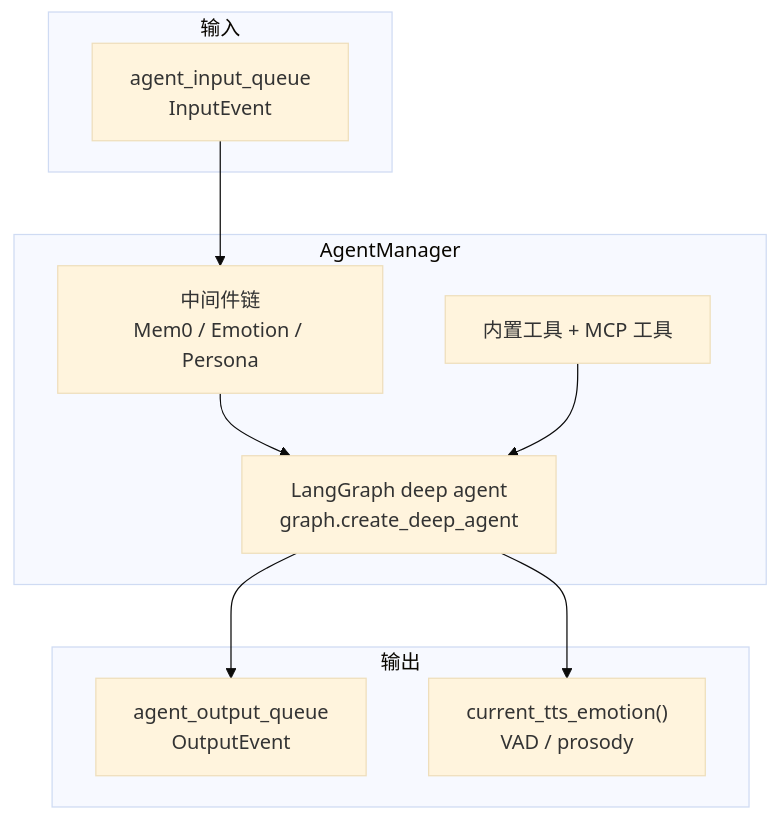
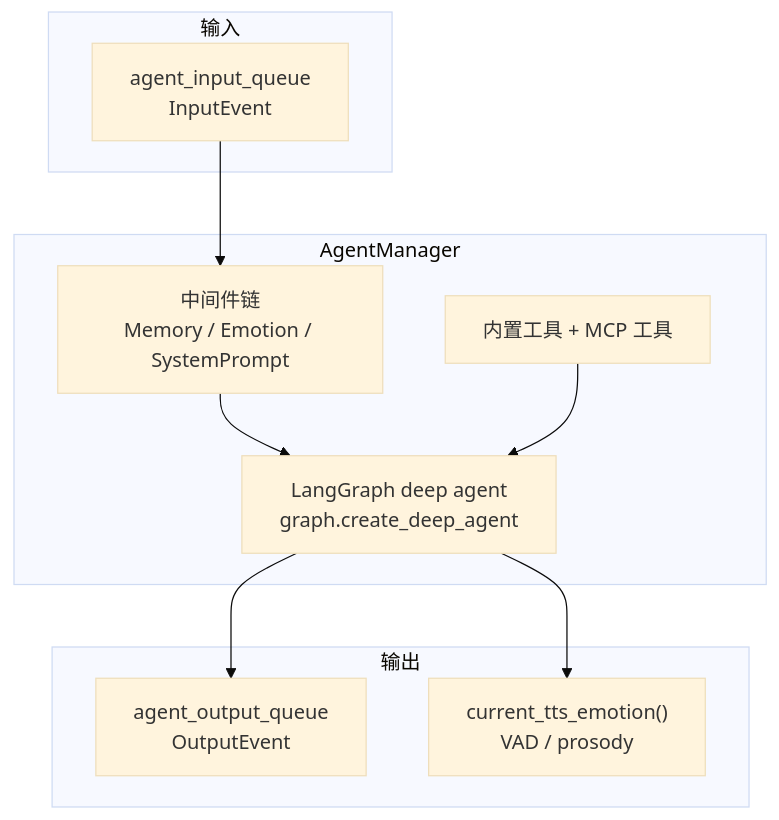
One commit to sunxu42/gardenagent changed the diagram in agent/README.md. Above: the diagram before and after it, drawn with Mermaid (base theme). The commit also changed other lines of this file and 374 other files, not shown here.

````diff
--- a/agent/README.md
+++ b/agent/README.md
@@ -19,22 +19,22 @@
 ```mermaid
 flowchart TB
     subgraph inputs [输入]
         Qin["agent_input_queue<br/>InputEvent"]
     end
 
     subgraph core [AgentManager]
-        MW["中间件链<br/>Mem0 / Emotion / Persona"]
+        MW["中间件链<br/>Memory / Emotion / SystemPrompt"]
         Agent["LangGraph deep agent<br/>graph.create_deep_agent"]
         Tools["内置工具 + MCP 工具"]
     end
 
     subgraph outputs [输出]
         Qout["agent_output_queue<br/>OutputEvent"]
         TTS["current_tts_emotion()<br/>VAD / prosody"]
     end
 
     Qin --> MW --> Agent
     Tools --> Agent
     Agent --> Qout
     Agent --> TTS
 ```
````
